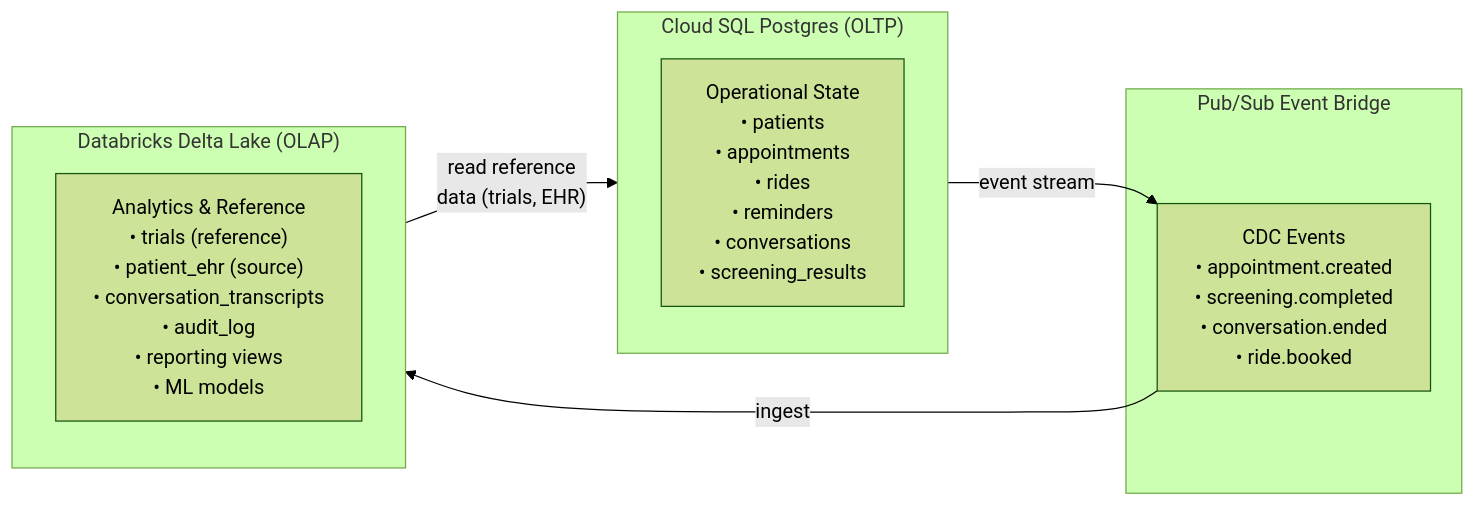
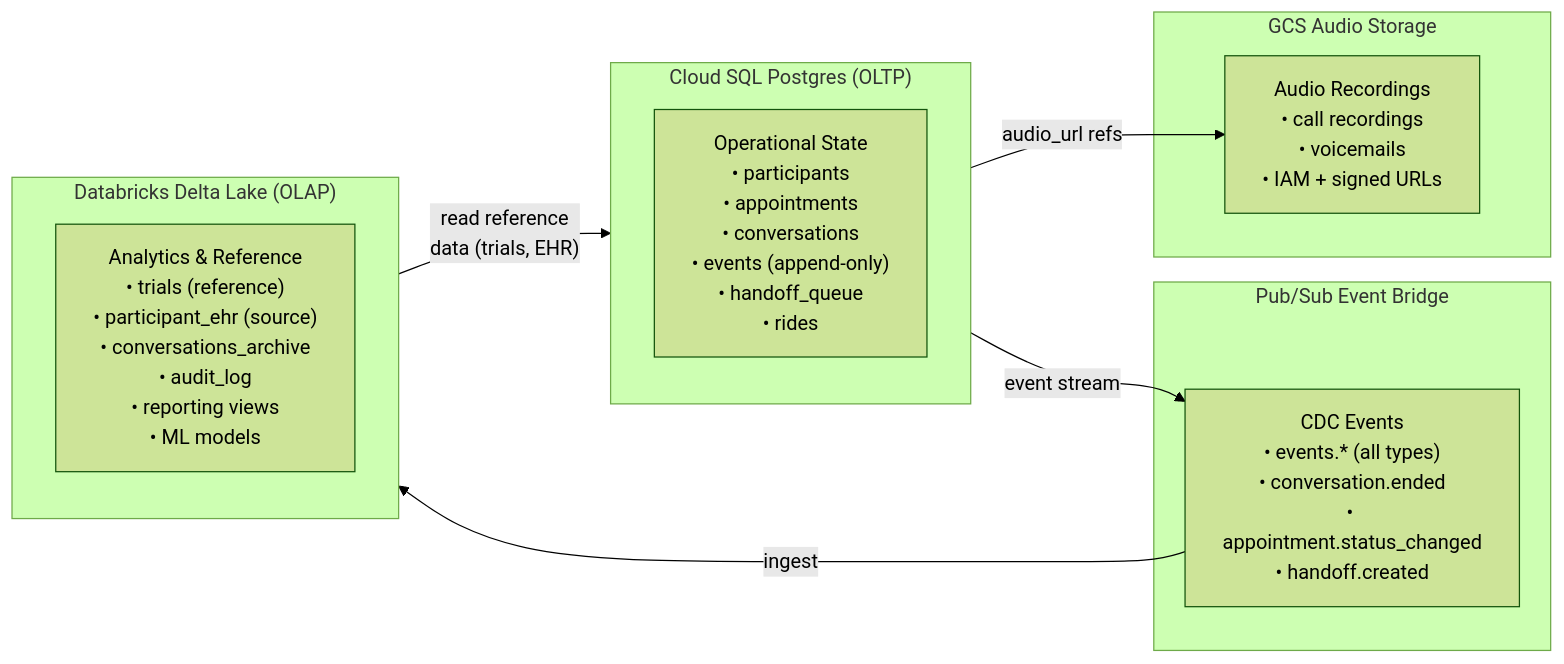
Before and after one commit to wilsonwolf/ask_mary: the sixth of 10 diagrams in local_docs/ask_mary_plan.md, drawn with Mermaid (forest theme). The commit also changed other lines of this file and 2 other files, not shown here.

````diff
--- a/local_docs/ask_mary_plan.md
+++ b/local_docs/ask_mary_plan.md
@@ -607,20 +786,25 @@
 ```mermaid
 graph LR
     subgraph "Cloud SQL Postgres (OLTP)"
         direction TB
-        PG["Operational State<br/>• patients<br/>• appointments<br/>• rides<br/>• reminders<br/>• conversations<br/>• screening_results"]
+        PG["Operational State<br/>• participants<br/>• appointments<br/>• conversations<br/>• events (append-only)<br/>• handoff_queue<br/>• rides"]
     end
 
     subgraph "Pub/Sub Event Bridge"
-        PS["CDC Events<br/>• appointment.created<br/>• screening.completed<br/>• conversation.ended<br/>• ride.booked"]
+        PS["CDC Events<br/>• events.* (all types)<br/>• conversation.ended<br/>• appointment.status_changed<br/>• handoff.created"]
     end
 
     subgraph "Databricks Delta Lake (OLAP)"
         direction TB
-        DB["Analytics & Reference<br/>• trials (reference)<br/>• patient_ehr (source)<br/>• conversation_transcripts<br/>• audit_log<br/>• reporting views<br/>• ML models"]
+        DB["Analytics & Reference<br/>• trials (reference)<br/>• participant_ehr (source)<br/>• conversations_archive<br/>• audit_log<br/>• reporting views<br/>• ML models"]
+    end
+
+    subgraph "GCS Audio Storage"
+        GCS["Audio Recordings<br/>• call recordings<br/>• voicemails<br/>• IAM + signed URLs"]
     end
 
     PG -->|"event stream"| PS
     PS -->|"ingest"| DB
     DB -->|"read reference<br/>data (trials, EHR)"| PG
+    PG -->|"audio_url refs"| GCS
 ```
````
